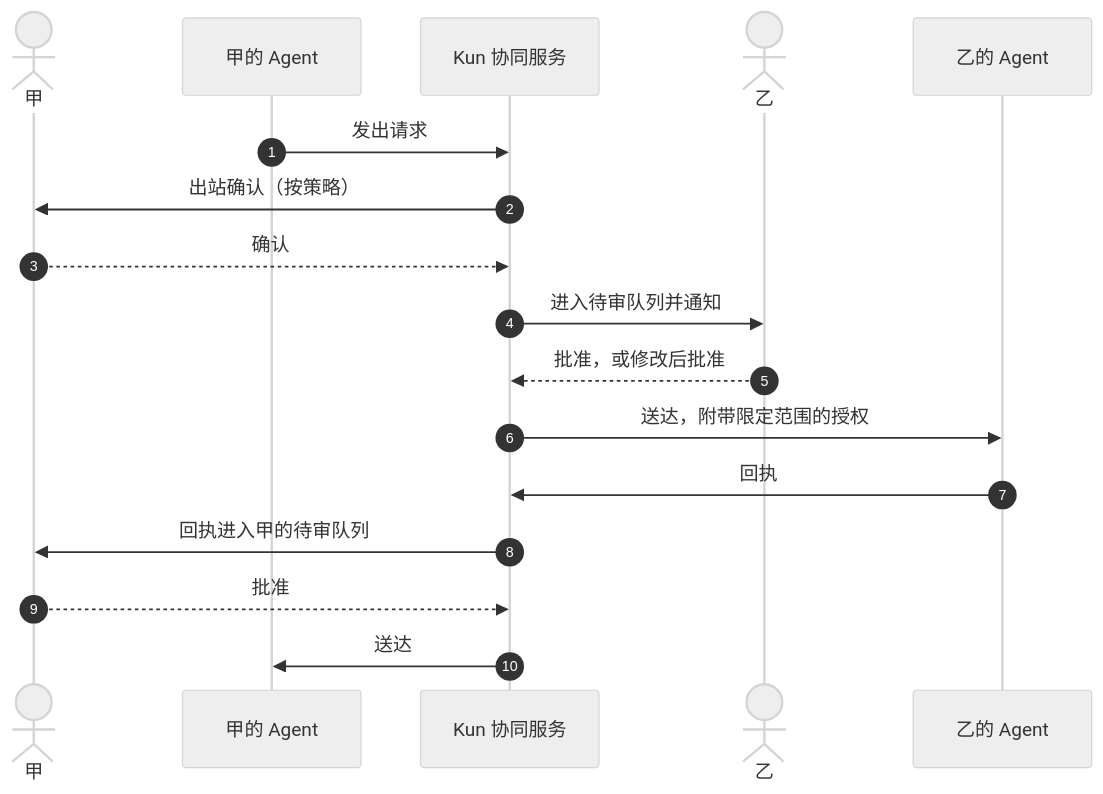
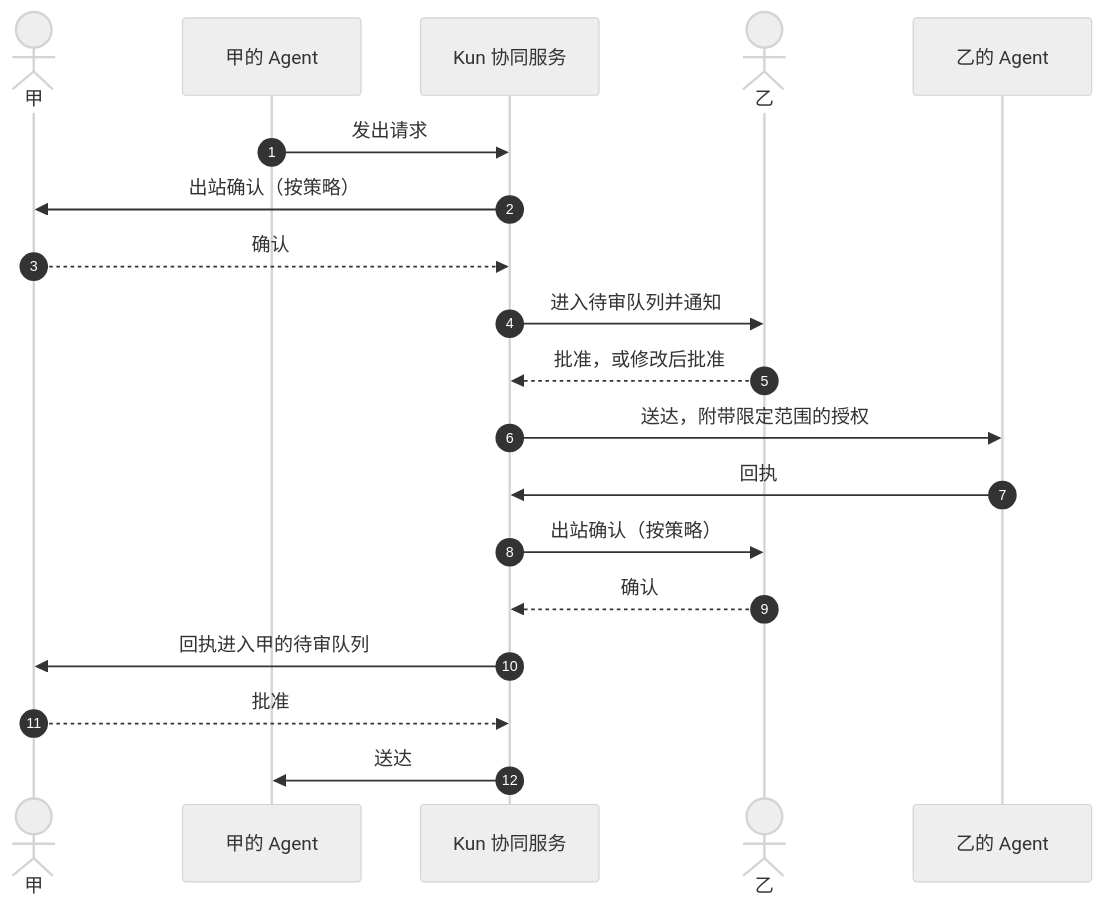
One commit to CavaiLAB/jiangxin changed the second of 2 diagrams in docs/04-agent-collaboration.md. Above: the diagram before and after it, drawn with Mermaid (neutral theme). The commit also changed other lines of this file and 11 other files, not shown here.

First line of the commit message:
docs: 按已接受的合并蓝图与审阅意见修订，补三种形态与平台级裁定

````diff
--- a/docs/04-agent-collaboration.md
+++ b/docs/04-agent-collaboration.md
@@ -137,19 +140,21 @@
 ```mermaid
 sequenceDiagram
   autonumber
   actor J as 甲
   participant A as 甲的 Agent
   participant C as Kun 协同服务
   actor Y as 乙
   participant B as 乙的 Agent
   A->>C: 发出请求
   C->>J: 出站确认（按策略）
   J-->>C: 确认
   C->>Y: 进入待审队列并通知
   Y-->>C: 批准，或修改后批准
   C->>B: 送达，附带限定范围的授权
   B->>C: 回执
+  C->>Y: 出站确认（按策略）
+  Y-->>C: 确认
   C->>J: 回执进入甲的待审队列
   J-->>C: 批准
   C->>A: 送达
 ```
````
